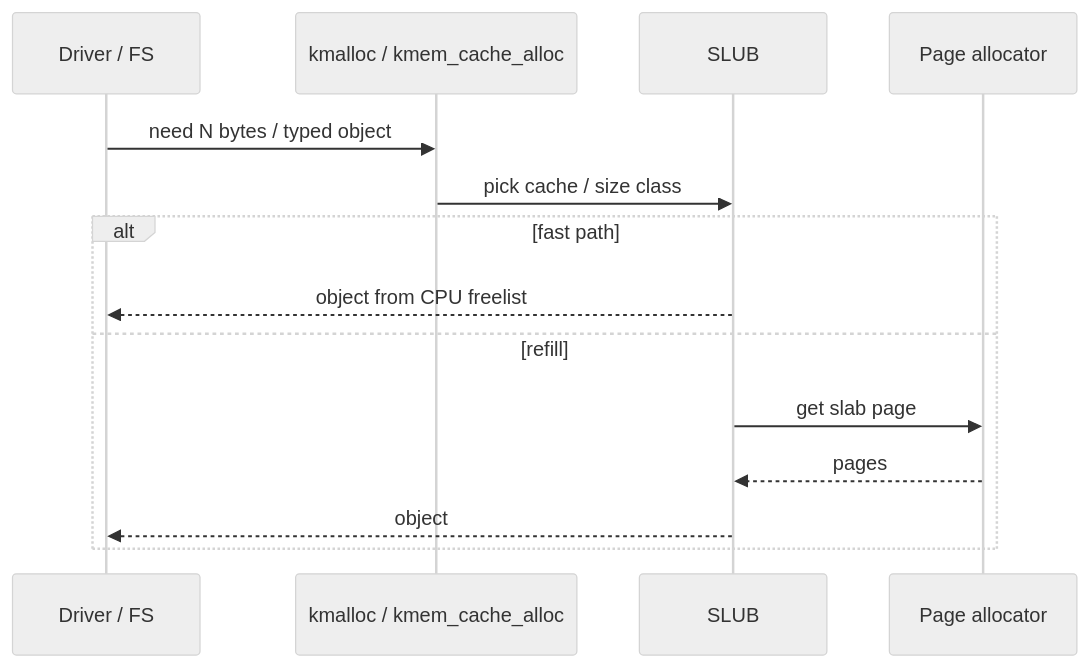
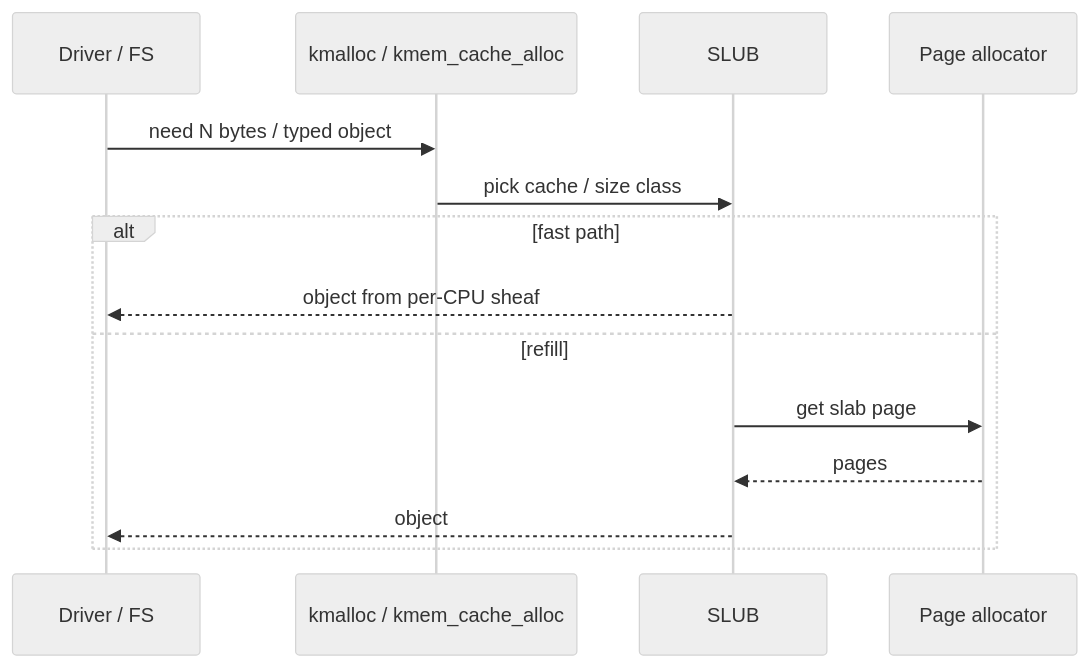
The second of 2 diagrams in src/content/blog/slab-allocator-and-kmalloc.md (euphoricmangat/linternals), drawn with Mermaid (neutral theme) before and after one commit. The commit also changed other lines of this file and 4 other files, not shown here.

````diff
--- a/src/content/blog/slab-allocator-and-kmalloc.md
+++ b/src/content/blog/slab-allocator-and-kmalloc.md
@@ -34,16 +35,16 @@
 ```mermaid
 sequenceDiagram
   participant Drv as Driver / FS
   participant API as kmalloc / kmem_cache_alloc
   participant SLUB as SLUB
   participant Page as Page allocator
   Drv->>API: need N bytes / typed object
   API->>SLUB: pick cache / size class
   alt fast path
-    SLUB-->>Drv: object from CPU freelist
+    SLUB-->>Drv: object from per-CPU sheaf
   else refill
     SLUB->>Page: get slab page
     Page-->>SLUB: pages
     SLUB-->>Drv: object
   end
 ```
````
